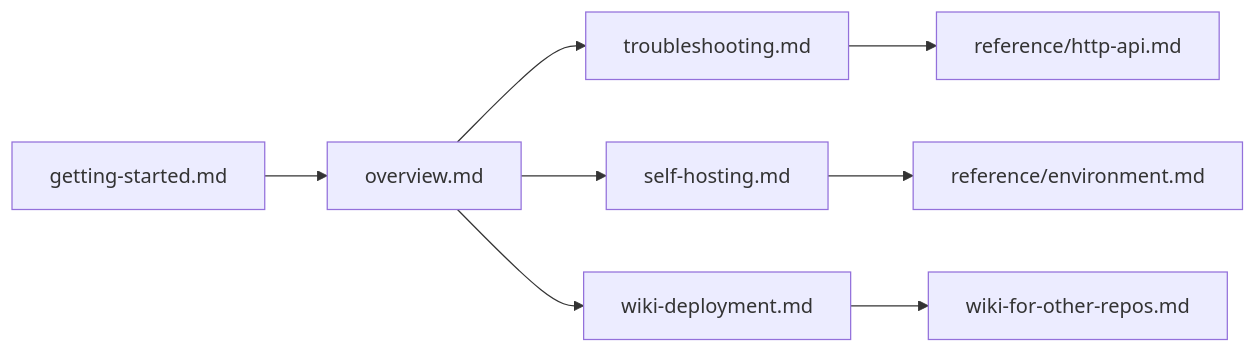
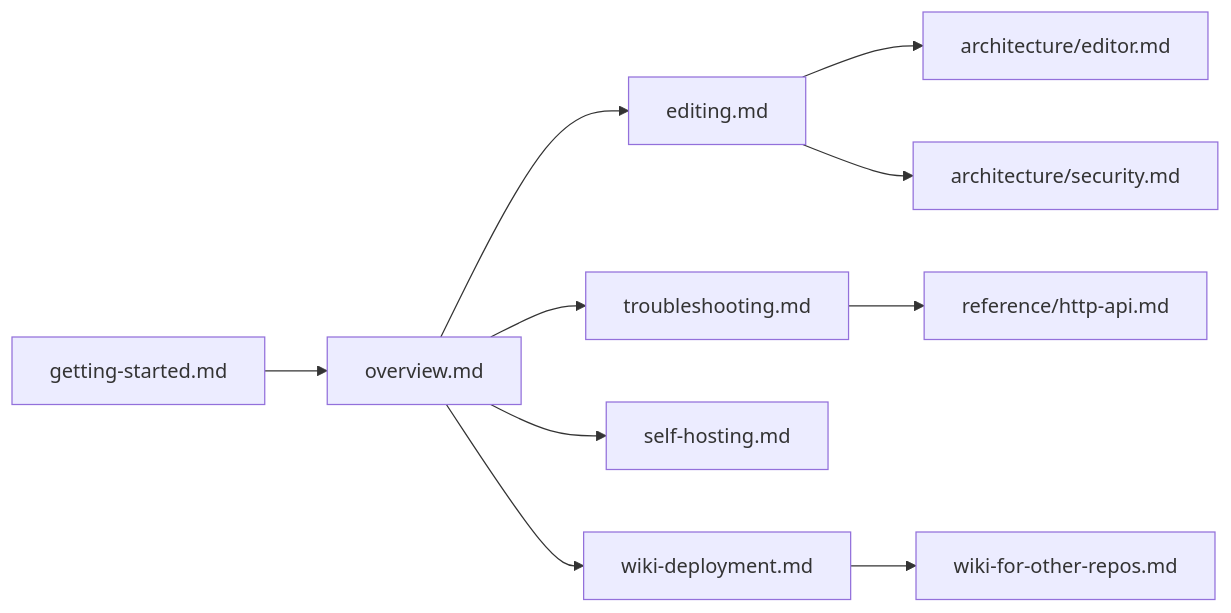
One commit to MorizMensi/grove changed the diagram in docs/guides/overview.md. Above: the diagram before and after it, drawn with Mermaid. The commit also changed other lines of this file and 23 other files, not shown here.

First line of the commit message:
docs: refresh for editor release — new editor/editing pages, Zed removal, full CRUD API

````diff
--- a/docs/guides/overview.md
+++ b/docs/guides/overview.md
@@ -20,11 +26,13 @@
 ```mermaid
 flowchart LR
-  IDX[overview.md] --> TR[troubleshooting.md]
+  IDX[overview.md] --> ED[editing.md]
+  IDX --> TR[troubleshooting.md]
   IDX --> SH[self-hosting.md]
   IDX --> WD[wiki-deployment.md]
 
   GS[getting-started.md] --> IDX
+  ED --> ARCH[architecture/editor.md]
+  ED --> SEC[architecture/security.md]
   WD --> WO[wiki-for-other-repos.md]
-  SH --> REF["reference/environment.md"]
-  TR --> REF2["reference/http-api.md"]
+  TR --> REF["reference/http-api.md"]
 ```
````
